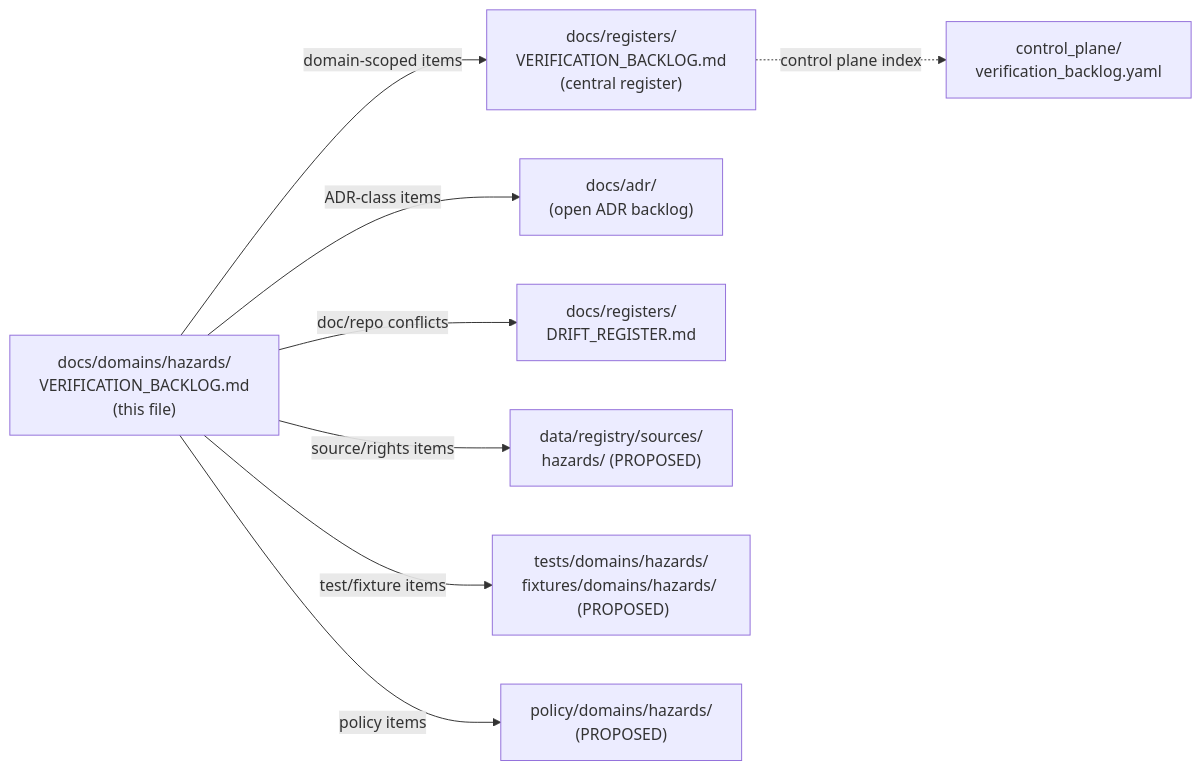
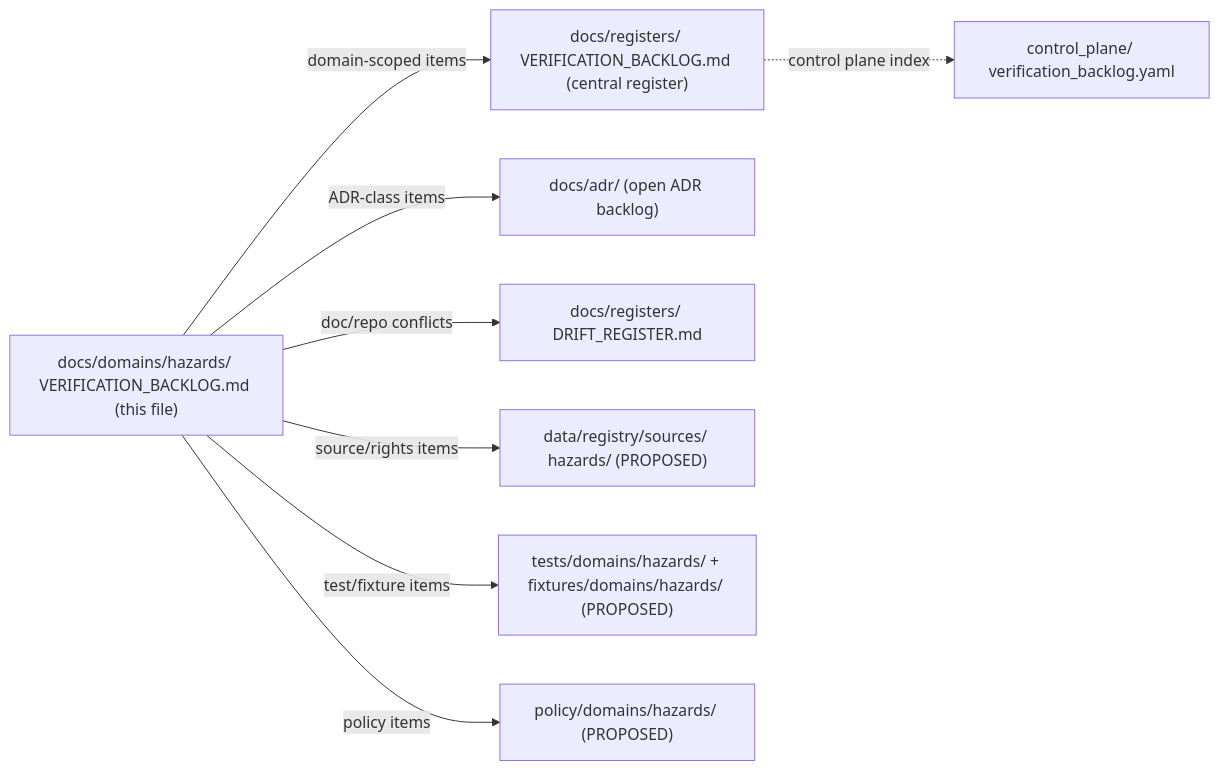
One commit to bartytime4life/Kansas-Frontier-Matrix changed the first of 3 diagrams in docs/domains/hazards/VERIFICATION_BACKLOG.md. Above: the diagram before and after it, drawn with Mermaid. The commit also changed other lines of this file, not shown here.

````diff
--- a/docs/domains/hazards/VERIFICATION_BACKLOG.md
+++ b/docs/domains/hazards/VERIFICATION_BACKLOG.md
@@ -93,10 +103,10 @@
 ```mermaid
 flowchart LR
-    A["docs/domains/hazards/<br/>VERIFICATION_BACKLOG.md<br/>(this file)"] -->|domain-scoped items| B["docs/registers/<br/>VERIFICATION_BACKLOG.md<br/>(central register)"]
-    A -->|ADR-class items| C["docs/adr/<br/>(open ADR backlog)"]
-    A -->|doc/repo conflicts| D["docs/registers/<br/>DRIFT_REGISTER.md"]
-    A -->|source/rights items| E["data/registry/sources/<br/>hazards/  (PROPOSED)"]
-    A -->|test/fixture items| F["tests/domains/hazards/<br/>fixtures/domains/hazards/  (PROPOSED)"]
-    A -->|policy items| G["policy/domains/hazards/<br/>(PROPOSED)"]
-    B -.->|control plane index| H["control_plane/<br/>verification_backlog.yaml"]
+    A["docs/domains/hazards/ VERIFICATION_BACKLOG.md (this file)"] -->|"domain-scoped items"| B["docs/registers/ VERIFICATION_BACKLOG.md (central register)"]
+    A -->|"ADR-class items"| C["docs/adr/ (open ADR backlog)"]
+    A -->|"doc/repo conflicts"| D["docs/registers/ DRIFT_REGISTER.md"]
+    A -->|"source/rights items"| E["data/registry/sources/ hazards/ (PROPOSED)"]
+    A -->|"test/fixture items"| F["tests/domains/hazards/ + fixtures/domains/hazards/ (PROPOSED)"]
+    A -->|"policy items"| G["policy/domains/hazards/ (PROPOSED)"]
+    B -.->|"control plane index"| H["control_plane/ verification_backlog.yaml"]
 ```
````
